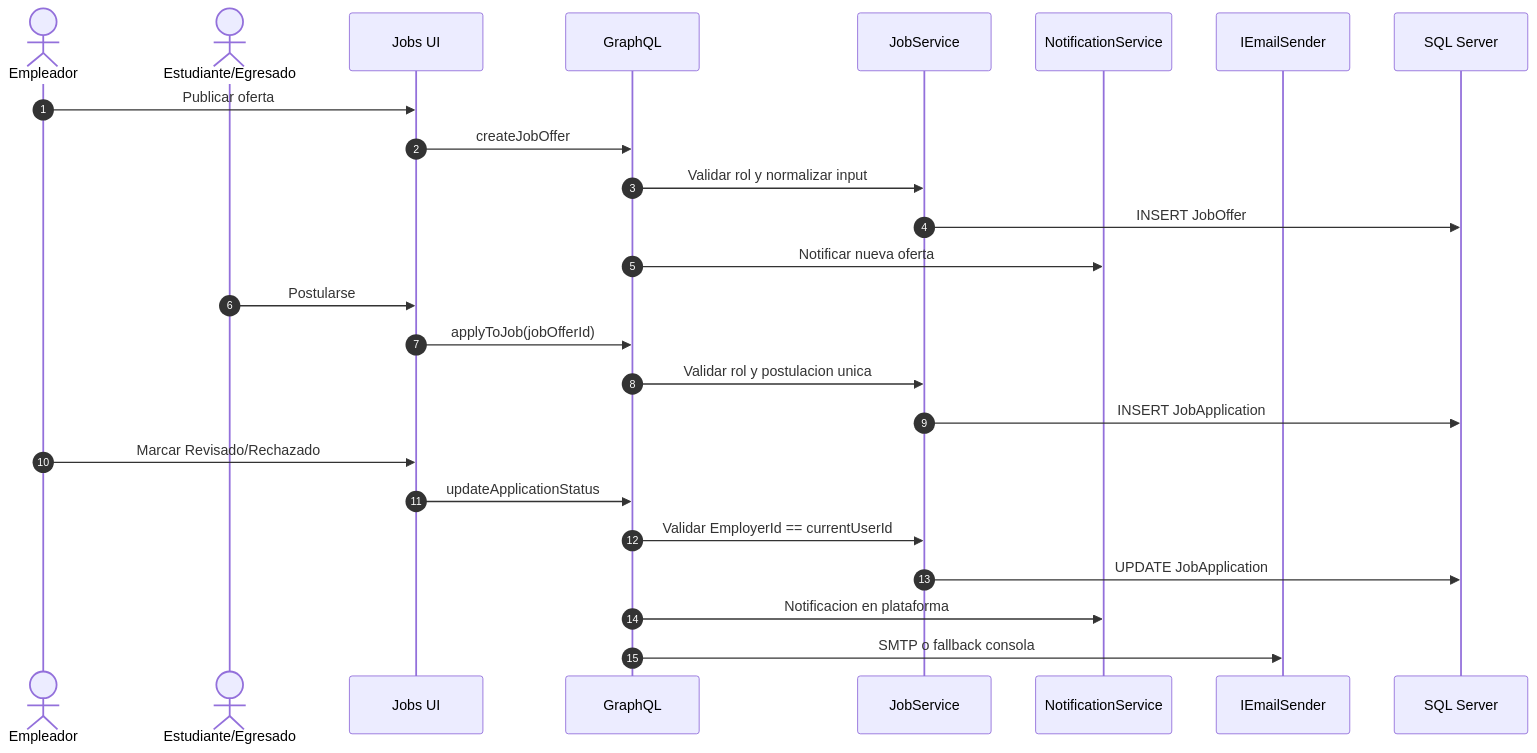
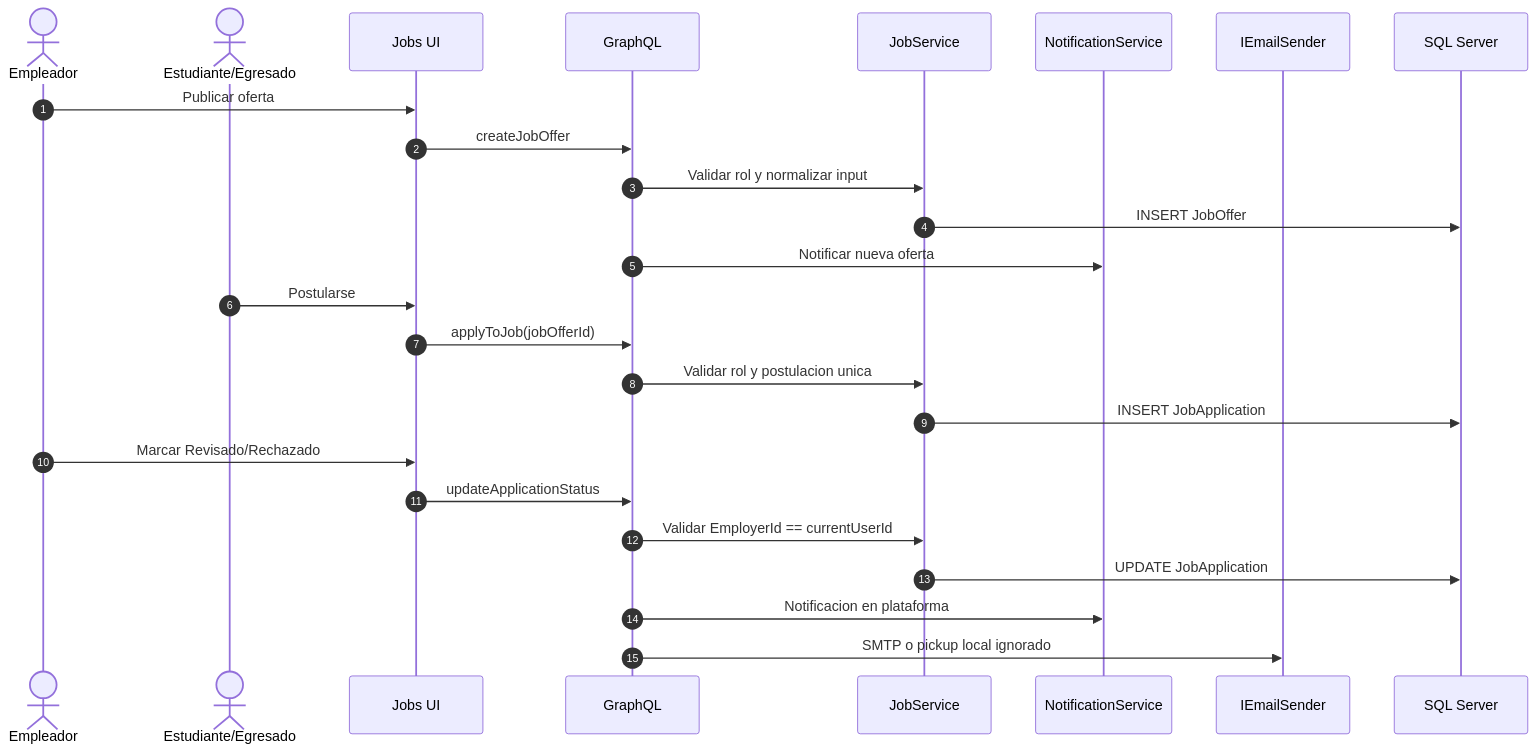
Before and after one commit to fagdiaz/OneITB: the fourth of 5 diagrams in docs/academic/04-design-diagrams.md, drawn with Mermaid. The commit also changed other lines of this file and 108 other files, not shown here.

````diff
--- a/docs/academic/04-design-diagrams.md
+++ b/docs/academic/04-design-diagrams.md
@@ -258,28 +258,28 @@
 ```mermaid
 sequenceDiagram
     autonumber
     actor Employer as Empleador
     actor Applicant as Estudiante/Egresado
     participant FE as Jobs UI
     participant GQL as GraphQL
     participant Jobs as JobService
     participant Notify as NotificationService
     participant Email as IEmailSender
     participant DB as SQL Server
 
     Employer->>FE: Publicar oferta
     FE->>GQL: createJobOffer
     GQL->>Jobs: Validar rol y normalizar input
     Jobs->>DB: INSERT JobOffer
     GQL->>Notify: Notificar nueva oferta
     Applicant->>FE: Postularse
     FE->>GQL: applyToJob(jobOfferId)
     GQL->>Jobs: Validar rol y postulacion unica
     Jobs->>DB: INSERT JobApplication
     Employer->>FE: Marcar Revisado/Rechazado
     FE->>GQL: updateApplicationStatus
     GQL->>Jobs: Validar EmployerId == currentUserId
     Jobs->>DB: UPDATE JobApplication
     GQL->>Notify: Notificacion en plataforma
-    GQL->>Email: SMTP o fallback consola
+    GQL->>Email: SMTP o pickup local ignorado
 ```
````
